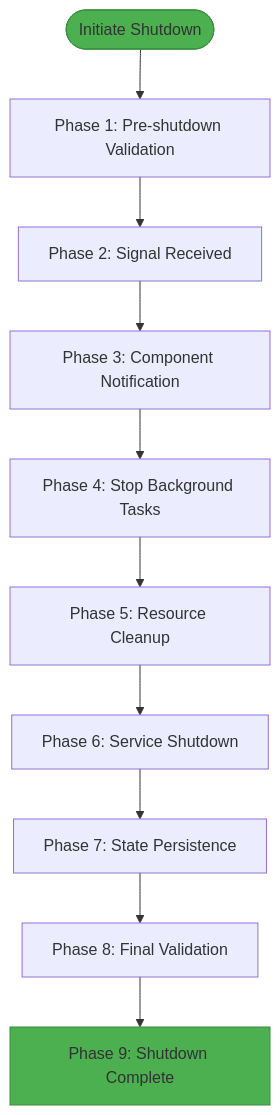
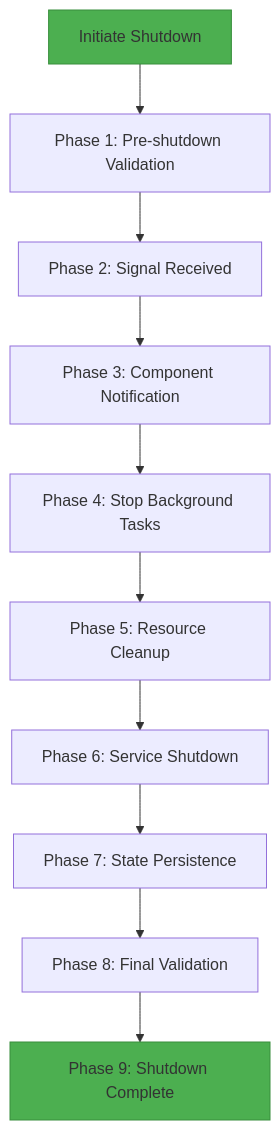
Before and after one commit to Likhithsai2580/RAVANA-WIKI: the third of 7 diagrams in docs/Graceful Shutdown.md, drawn with Mermaid. The commit also changed 52 other files, not shown here.

First line of the commit message:
chore(docs): update documentation content, fix Mermaid diagrams, and enhance README

````diff
--- a/docs/Graceful Shutdown.md
+++ b/docs/Graceful Shutdown.md
@@ -134,14 +134,14 @@
 ```mermaid
 flowchart TD
-Start([Initiate Shutdown]) --> Phase1["Phase 1: Pre-shutdown Validation"]
+Start["Initiate Shutdown"] --> Phase1["Phase 1: Pre-shutdown Validation"]
 Phase1 --> Phase2["Phase 2: Signal Received"]
 Phase2 --> Phase3["Phase 3: Component Notification"]
 Phase3 --> Phase4["Phase 4: Stop Background Tasks"]
 Phase4 --> Phase5["Phase 5: Resource Cleanup"]
 Phase5 --> Phase6["Phase 6: Service Shutdown"]
 Phase6 --> Phase7["Phase 7: State Persistence"]
 Phase7 --> Phase8["Phase 8: Final Validation"]
 Phase8 --> Complete["Phase 9: Shutdown Complete"]
 style Start fill:#4CAF50,stroke:#388E3C
 style Complete fill:#4CAF50,stroke:#388E3C
 ```
````
